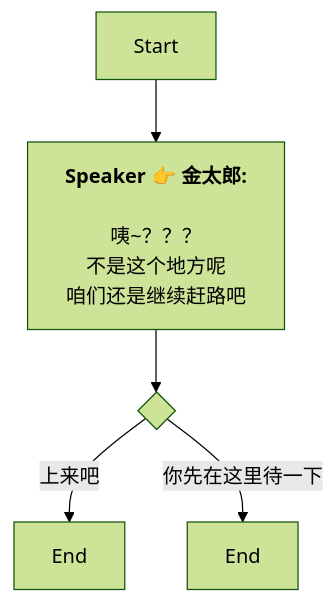
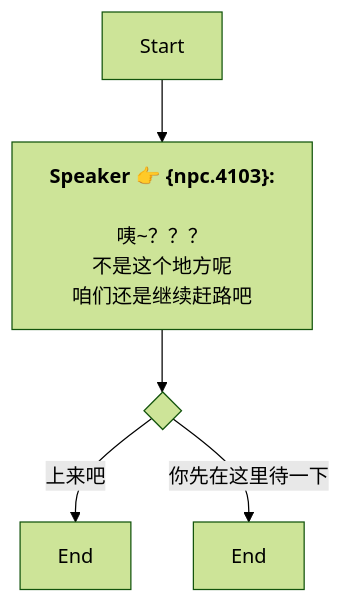
One commit to SoftHu/tos_avg changed the diagram in Zh/QuestStartTalkENode_1741442307334371.md. Above: the diagram before and after it, drawn with Mermaid (forest theme). The commit also changed 199 other files, not shown here.

````diff
--- a/Zh/QuestStartTalkENode_1741442307334371.md
+++ b/Zh/QuestStartTalkENode_1741442307334371.md
@@ -1,12 +1,12 @@
 ```mermaid
 graph
-Start -->1741442449087714[<b>Speaker 👉 金太郎:</b>
+Start -->1741442449087714[<b>Speaker 👉 &lbrace;npc.4103&rbrace;:</b>
 
 咦~？？？
 不是这个地方呢
 咱们还是继续赶路吧]
 1741442449087714 -->1741443793406180{ }
 1741443793406180 -->|上来吧|1741442581405923[End]
 1741443793406180 -->|你先在这里待一下|1741443843541225[End]
 
  ```
````
